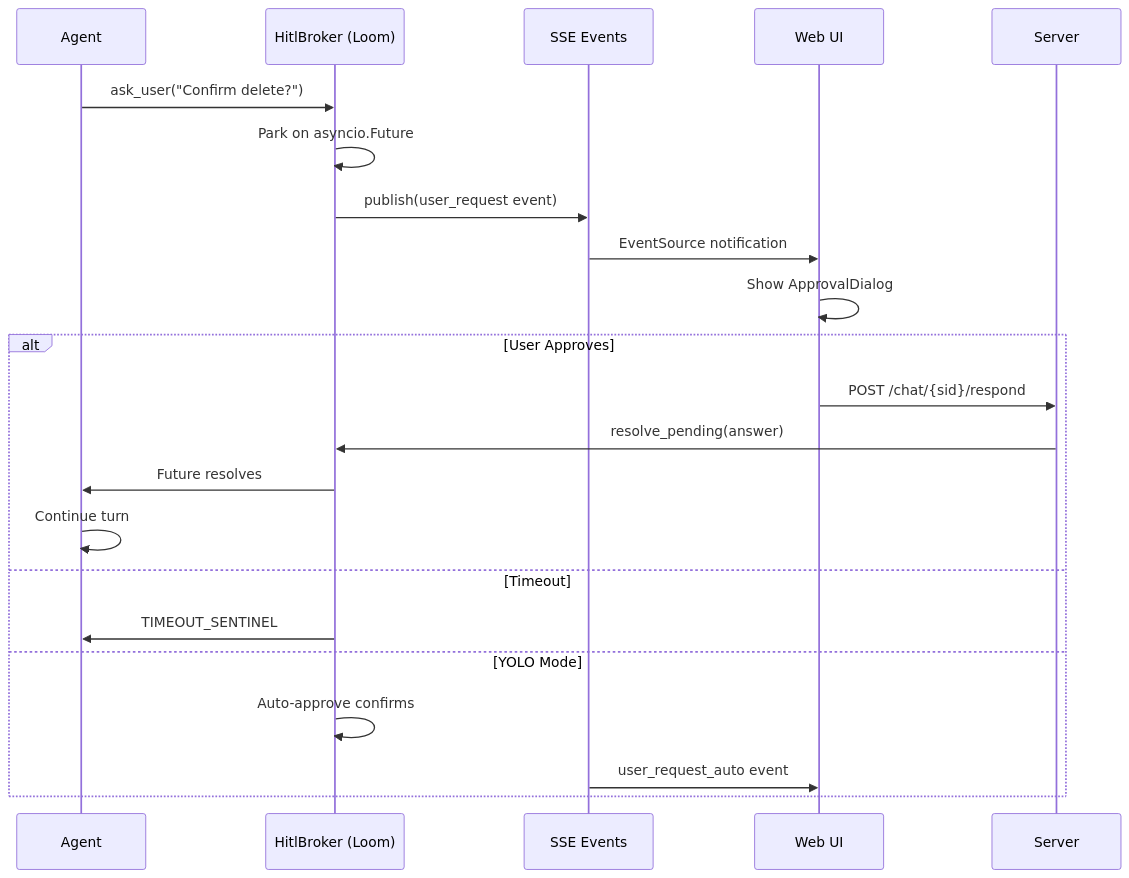
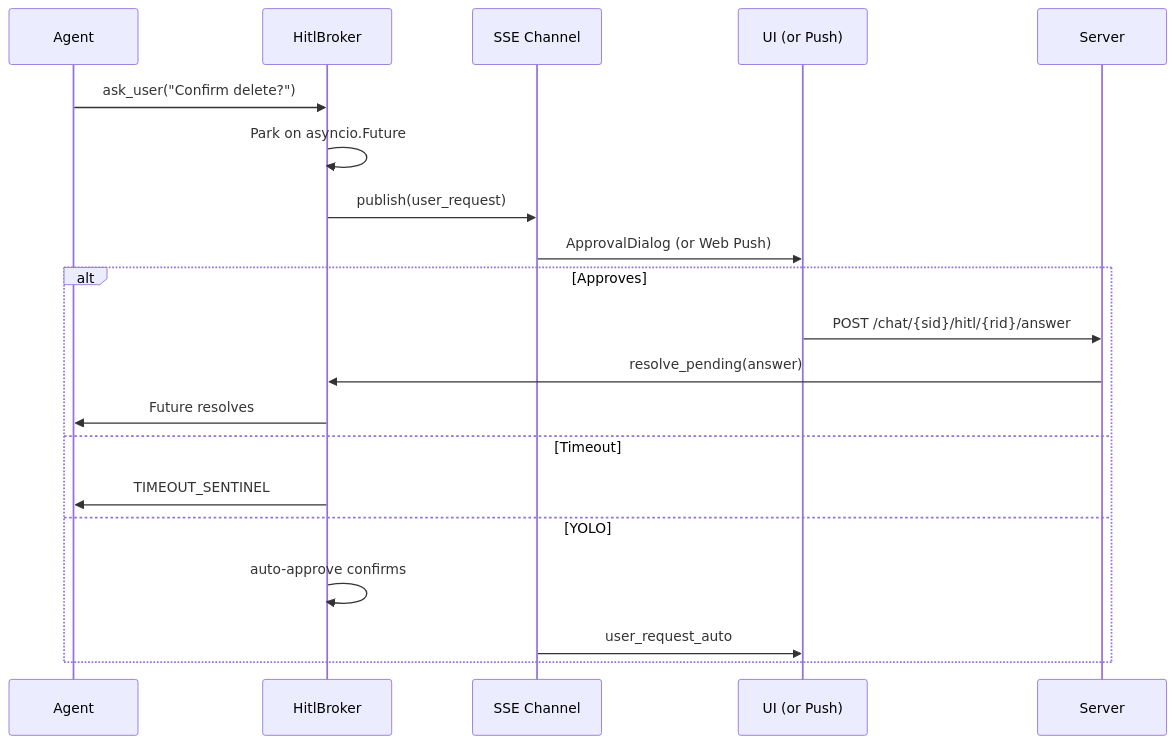
Before and after one commit to NinoCoelho/nexus: the sixth of 11 diagrams in README.md, drawn with Mermaid. The commit also changed other lines of this file and 1 other file, not shown here.

First line of the commit message:
docs: refresh README + CLAUDE.md (tunnel, calendar, push)

````diff
--- a/README.md
+++ b/README.md
@@ -428,26 +393,24 @@
 ```mermaid
 sequenceDiagram
     participant A as Agent
-    participant B as HitlBroker (Loom)
-    participant SSE as SSE Events
-    participant UI as Web UI
+    participant B as HitlBroker
+    participant SSE as SSE Channel
+    participant UI as UI (or Push)
     participant S as Server
 
     A->>B: ask_user("Confirm delete?")
     B->>B: Park on asyncio.Future
-    B->>SSE: publish(user_request event)
-    SSE->>UI: EventSource notification
-    UI->>UI: Show ApprovalDialog
+    B->>SSE: publish(user_request)
+    SSE->>UI: ApprovalDialog (or Web Push)
 
-    alt User Approves
-        UI->>S: POST /chat/{sid}/respond
+    alt Approves
+        UI->>S: POST /chat/{sid}/hitl/{rid}/answer
         S->>B: resolve_pending(answer)
         B->>A: Future resolves
-        A->>A: Continue turn
     else Timeout
         B->>A: TIMEOUT_SENTINEL
-    else YOLO Mode
-        B->>B: Auto-approve confirms
-        SSE->>UI: user_request_auto event
+    else YOLO
+        B->>B: auto-approve confirms
+        SSE->>UI: user_request_auto
     end
 ```
````
